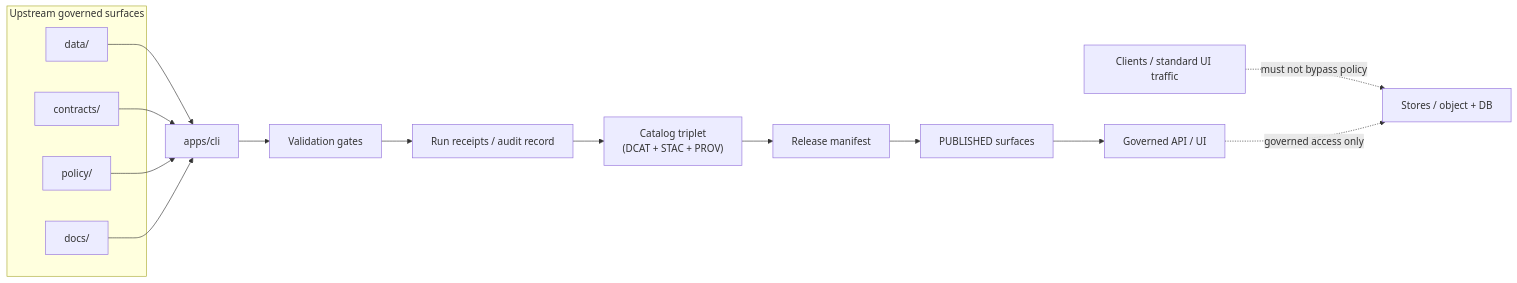
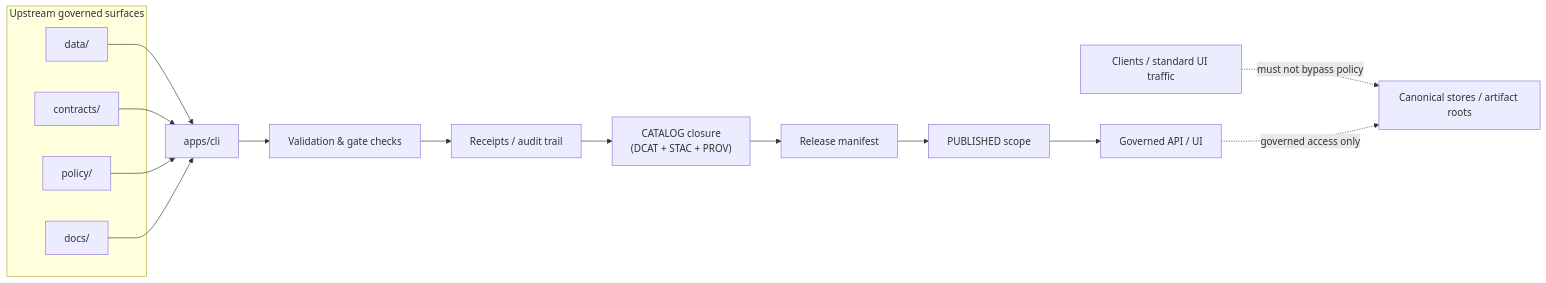
One commit to bartytime4life/Kansas-Frontier-Matrix changed the diagram in apps/cli/README.md. Above: the diagram before and after it, drawn with Mermaid. The commit also changed other lines of this file, not shown here.

````diff
--- a/apps/cli/README.md
+++ b/apps/cli/README.md
@@ -186,32 +193,32 @@
 ```mermaid
 flowchart LR
     subgraph U["Upstream governed surfaces"]
         D["data/"]
         C["contracts/"]
         P["policy/"]
         Docs["docs/"]
     end
 
     CLI["apps/cli"]
-    V["Validation gates"]
-    R["Run receipts / audit record"]
-    T["Catalog triplet<br/>(DCAT + STAC + PROV)"]
+    V["Validation & gate checks"]
+    R["Receipts / audit trail"]
+    T["CATALOG closure<br/>(DCAT + STAC + PROV)"]
     M["Release manifest"]
-    Pub["PUBLISHED surfaces"]
+    Pub["PUBLISHED scope"]
     API["Governed API / UI"]
 
     D --> CLI
     C --> CLI
     P --> CLI
     Docs --> CLI
 
     CLI --> V
     V --> R
     R --> T
     T --> M
     M --> Pub
     Pub --> API
 
-    Clients["Clients / standard UI traffic"] -. "must not bypass policy" .-> Stores["Stores / object + DB"]
+    Clients["Clients / standard UI traffic"] -. "must not bypass policy" .-> Stores["Canonical stores / artifact roots"]
     API -. "governed access only" .-> Stores
 ```
````
